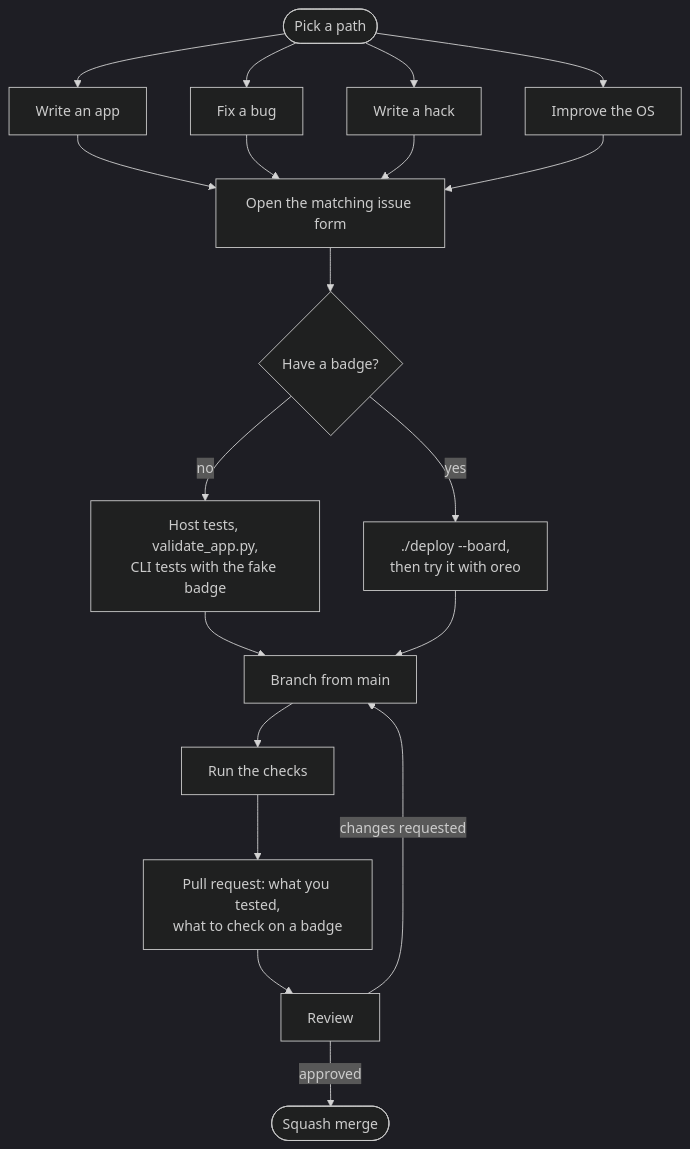
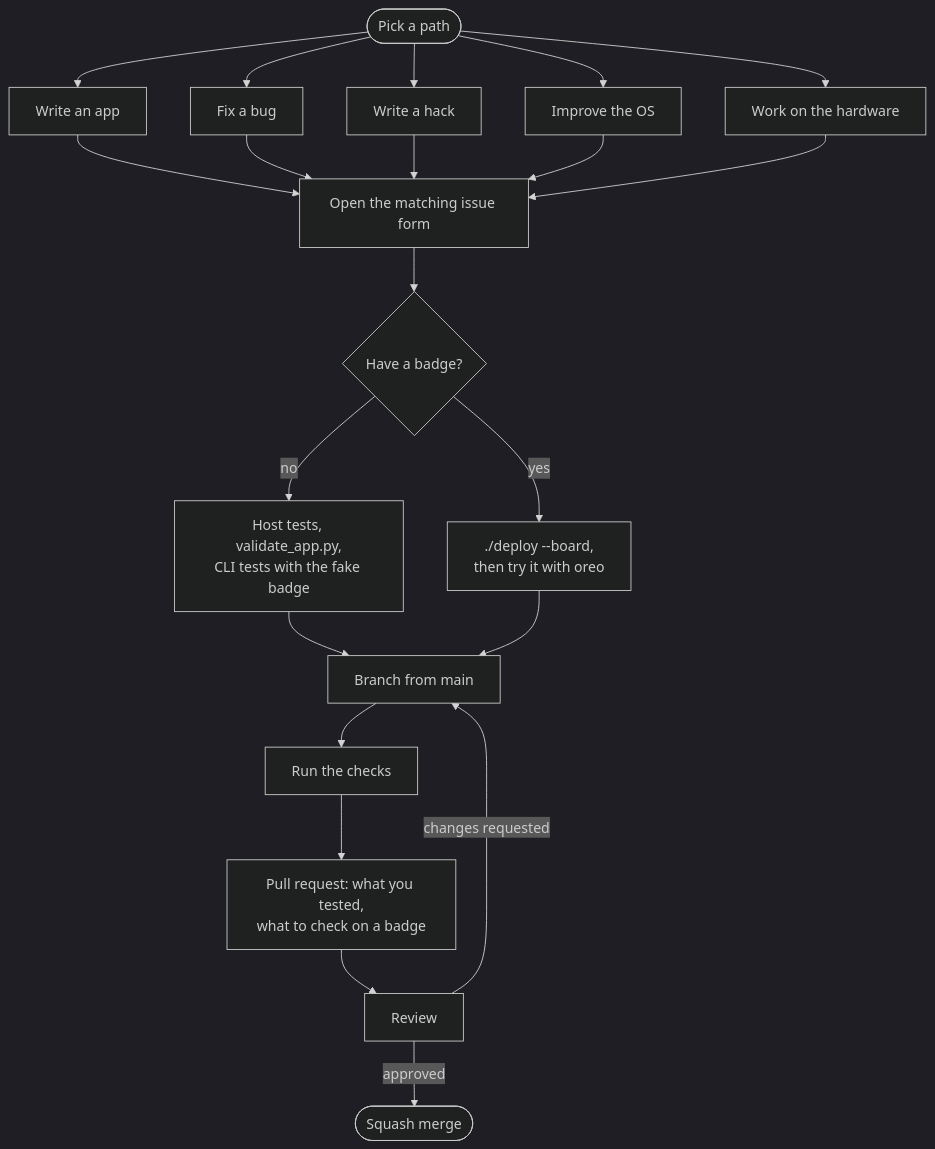
Before and after one commit to elixpo/oreo: the second of 2 diagrams in CONTRIBUTING.md, drawn with Mermaid (dark theme). The commit also changed other lines of this file and 5 other files, not shown here.

First line of the commit message:
Hardware contributors: issue form, KiCad CI, contributing guide (#157)

````diff
--- a/CONTRIBUTING.md
+++ b/CONTRIBUTING.md
@@ -60,21 +60,23 @@
 ```mermaid
 flowchart TD
     start(["Pick a path"]) --> app["Write an app"]
     start --> bug["Fix a bug"]
     start --> hack["Write a hack"]
     start --> osx["Improve the OS"]
+    start --> hw["Work on the hardware"]
     app --> form["Open the matching issue form"]
     bug --> form
     hack --> form
     osx --> form
+    hw --> form
     form --> badge{"Have a badge?"}
     badge -->|"no"| host["Host tests, validate_app.py,<br/>CLI tests with the fake badge"]
     badge -->|"yes"| device["./deploy --board,<br/>then try it with oreo"]
     host --> branch["Branch from main"]
     device --> branch
     branch --> checks["Run the checks"]
     checks --> pr["Pull request: what you tested,<br/>what to check on a badge"]
     pr --> review["Review"]
     review -->|"changes requested"| branch
     review -->|"approved"| merge(["Squash merge"])
 ```
````
